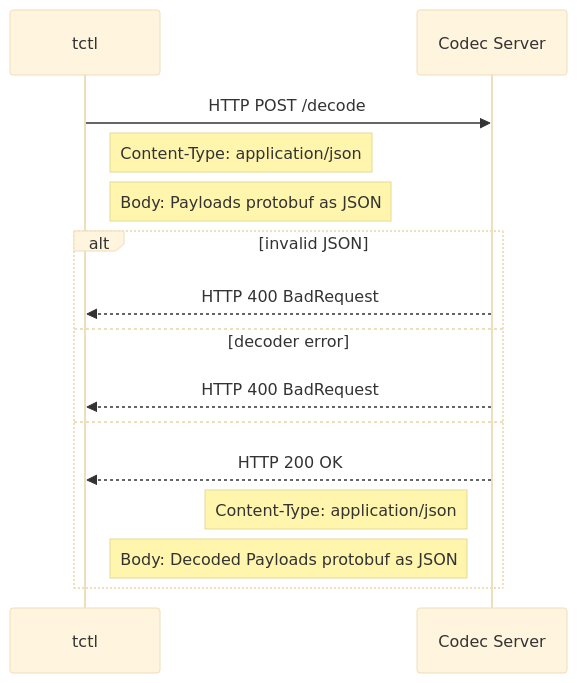
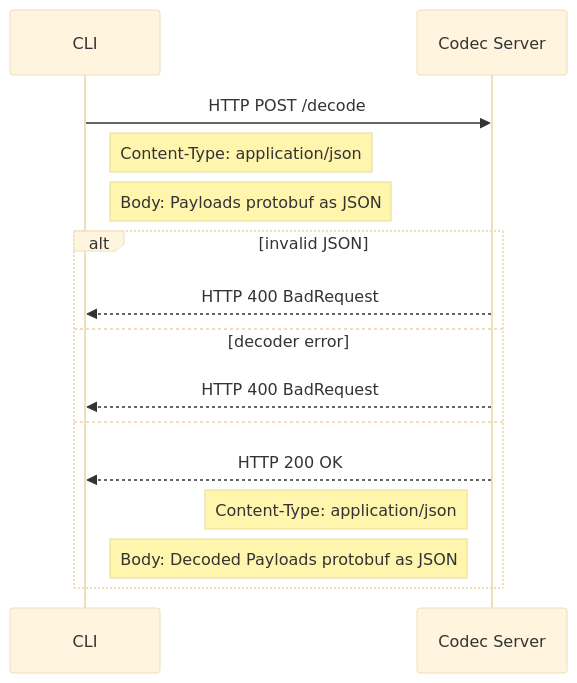
Before and after one commit to temporalio/samples-go: the second of 2 diagrams in codec-server/README.md, drawn with Mermaid (base theme). The commit also changed other lines of this file, not shown here.

Commit message:
update README from tctl to Temporal CLI

````diff
--- a/codec-server/README.md
+++ b/codec-server/README.md
@@ -77,19 +78,19 @@
 ```mermaid
 sequenceDiagram;
-	participant tctl
+	participant CLI
 	participant Server as Codec Server
 
-	tctl->>Server: HTTP POST /decode
-	Note right of tctl: Content-Type: application/json
-	Note right of tctl: Body: Payloads protobuf as JSON
+	CLI->>Server: HTTP POST /decode
+	Note right of CLI: Content-Type: application/json
+	Note right of CLI: Body: Payloads protobuf as JSON
 	alt invalid JSON
-		Server-->>tctl: HTTP 400 BadRequest
+		Server-->>CLI: HTTP 400 BadRequest
   else decoder error
-		Server-->>tctl: HTTP 400 BadRequest
+		Server-->>CLI: HTTP 400 BadRequest
   else
-		Server-->>tctl: HTTP 200 OK
+		Server-->>CLI: HTTP 200 OK
 		Note left of Server: Content-Type: application/json
 		Note left of Server: Body: Decoded Payloads protobuf as JSON
 	end
 
 ```
````
